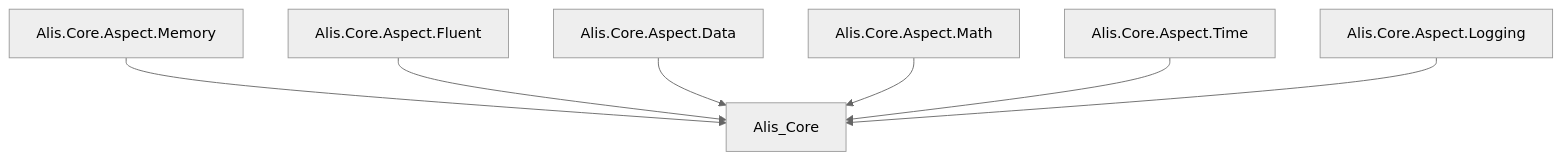
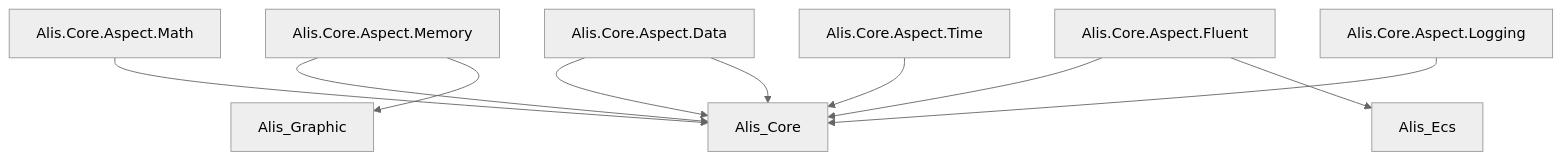
Before and after one commit to pabllopf/Alis: the second of 4 diagrams in .memory/dependencies/dependency-graph.md, drawn with Mermaid (neutral theme). The commit also changed other lines of this file, not shown here.

Commit message:
docs: update dependency graph with documented projects

````diff
--- a/.memory/dependencies/dependency-graph.md
+++ b/.memory/dependencies/dependency-graph.md
@@ -22,9 +24,13 @@
 ```mermaid
 graph TD
     Alis_Aspect_Memory[Alis.Core.Aspect.Memory] --> Alis_Core
     Alis_Aspect_Fluent[Alis.Core.Aspect.Fluent] --> Alis_Core
     Alis_Aspect_Data[Alis.Core.Aspect.Data] --> Alis_Core
     Alis_Aspect_Math[Alis.Core.Aspect.Math] --> Alis_Core
     Alis_Aspect_Time[Alis.Core.Aspect.Time] --> Alis_Core
     Alis_Aspect_Logging[Alis.Core.Aspect.Logging] --> Alis_Core
+    
+    Alis_Aspect_Fluent --> Alis_Ecs
+    Alis_Aspect_Data --> Alis_Core
+    Alis_Aspect_Memory --> Alis_Graphic
 ```
````
